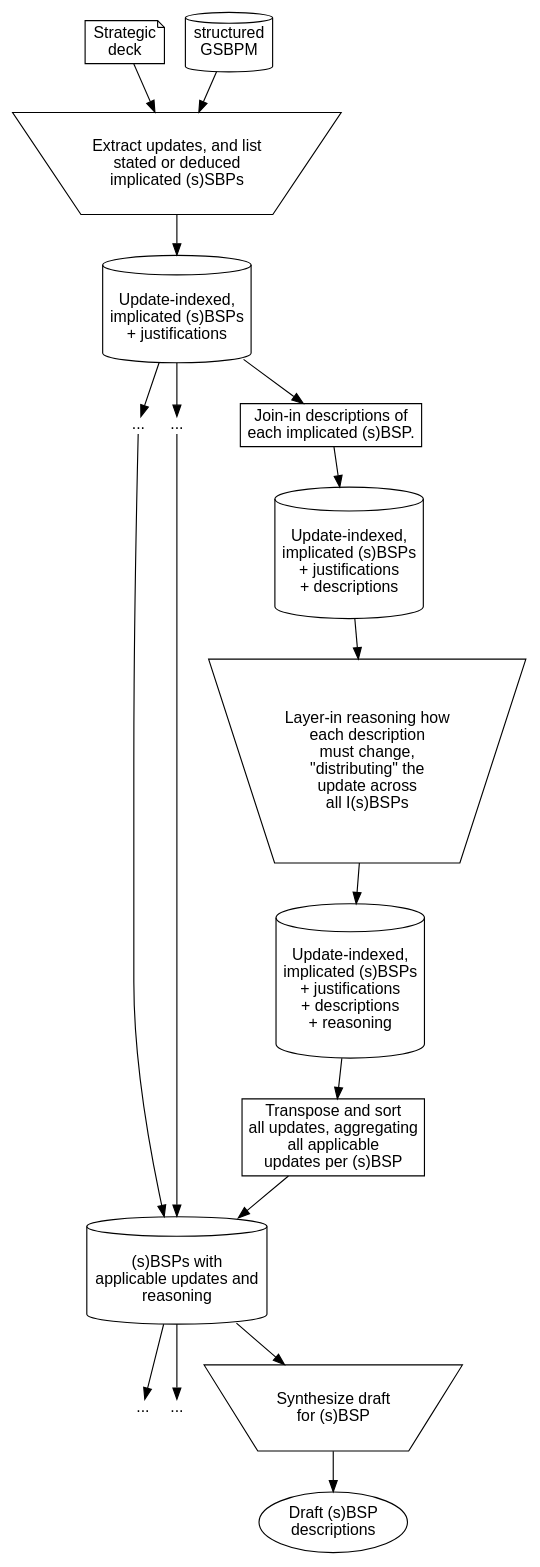
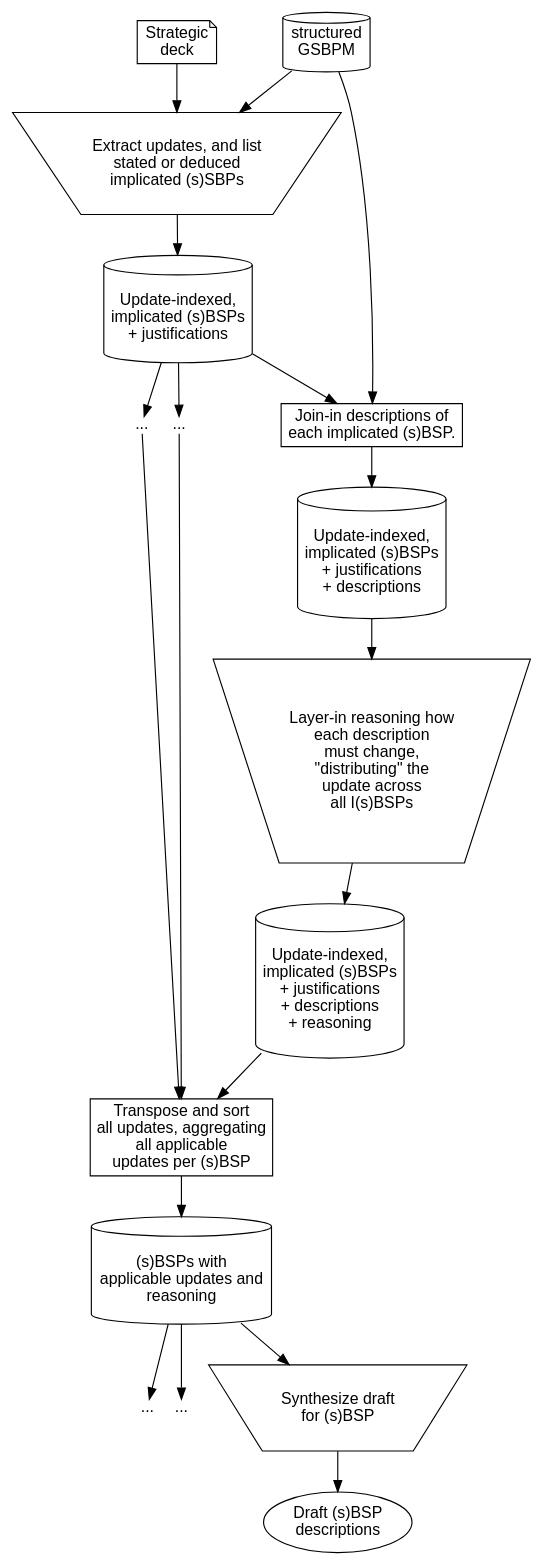
Before and after one commit to heibaihaiermao/future_of_work: the diagram in flowchart/summarize_flow_chart/synth_draft/synth_draft.gv, drawn with Graphviz. The commit also changed 60 other files, not shown here.

```diff
--- a/flowchart/summarize_flow_chart/synth_draft/synth_draft.gv
+++ b/flowchart/summarize_flow_chart/synth_draft/synth_draft.gv
@@ -1,97 +1,97 @@
 digraph workflow {
   fontname="Helvetica,Arial,sans-serif"
   node [fontname="Helvetica,Arial,sans-serif"]
   edge [fontname="Helvetica,Arial,sans-serif"]
   node [shape=ellipse];
 
   subgraph {
   {rank=same; deck; gsbpmStruc};
   deck [label="Strategic\ndeck";
         rank="min";
 				shape=note];
   gsbpmStruc [label="structured\nGSBPM";
               rank="min";
 							shape=cylinder];
  
   /* LLM extract of updates */
   extract [label="Extract updates, and list\nstated or deduced\nimplicated (s)SBPs";
            rank=min
 					 shape=invtrapezium;
 					 margin=0;
 					 width=0.1];
   deck -> extract;
   gsbpmStruc -> extract;
 
   /* output of LLM-extract */
   updates [label="\nUpdate-indexed,\nimplicated (s)BSPs\n + justifications";
            rank=min;
 					 shape=cylinder]
   extract -> updates;
   }
 
 	/* multiples of joining-in (s)BSP descriptions */
 	{rank="same"; p1; p2; joinDesc};
-	p1 [label="...";
+	p1 [label="...\n";
 	    color="#00000000";
 			shape=plain]; 
-	p2 [label="...";
+	p2 [label="...\n";
 	    color="#00000000";
 			shape=plain]; 
 	
 	joinDesc [label="Join-in descriptions of\neach implicated (s)BSP.";
 						rank=max;
 						shape=rect];
 	updates -> p1;
 	updates -> p2;
 	updates -> joinDesc;
+	gsbpmStruc -> joinDesc;
 
 	/* Inter. output of I(s)BSP + justifications + descriptions */
   updatesDesc [label="\nUpdate-indexed,\nimplicated (s)BSPs\n + justifications\n+ descriptions";
            rank=min;
 					 shape=cylinder]
   joinDesc -> updatesDesc;
 
 	/* Layer-in reasoning */
 	layerin [label="Layer-in reasoning how\neach description\nmust change,\n\"distributing\" the\nupdate across\nall I(s)BSPs";
 				   rank=max;
 					 shape=invtrapezium;
 					 margin=0];
 	updatesDesc -> layerin;
 
 
 	/* Reasoned updates */
 	rUpdates [label="\nUpdate-indexed,\nimplicated (s)BSPs\n + justifications\n+ descriptions\n+ reasoning";
 	  			  shape=cylinder];
 	layerin -> rUpdates;
 
 	transpose [label="Transpose and sort\nall updates, aggregating\nall applicable\nupdates per (s)BSP";
 						 shape=rect];
 	rUpdates -> transpose;
+	p1 -> transpose;
+	p2 -> transpose;
 
 	/* Aggregated updates with reasoning */
 	bsps [label="\n(s)BSPs with \n applicable updates and\nreasoning";
 	      shape=cylinder];
 	transpose -> bsps;
-	p1 -> bsps;
-	p2 -> bsps;
 	
 	/* Multiples of drafting (s)BSP */
-	/* multiples of joining-in (s)BSP descriptions */
 	{rank="same"; p3; p4; synth};
-	p3 [label="...";
+	p3 [label="...\n";
 	    color="#00000000";
 			shape=plain]; 
-	p4 [label="...";
+	p4 [label="...\n";
 	    color="#00000000";
 			shape=plain]; 
 	
 	synth [label="Synthesize draft\nfor (s)BSP",
 				 shape=invtrapezium];
 	bsps -> p3;
 	bsps -> p4;
 	bsps -> synth;
 
 	drafts [label="Draft (s)BSP\ndescriptions"]
 	synth -> drafts;
 
 }
```
